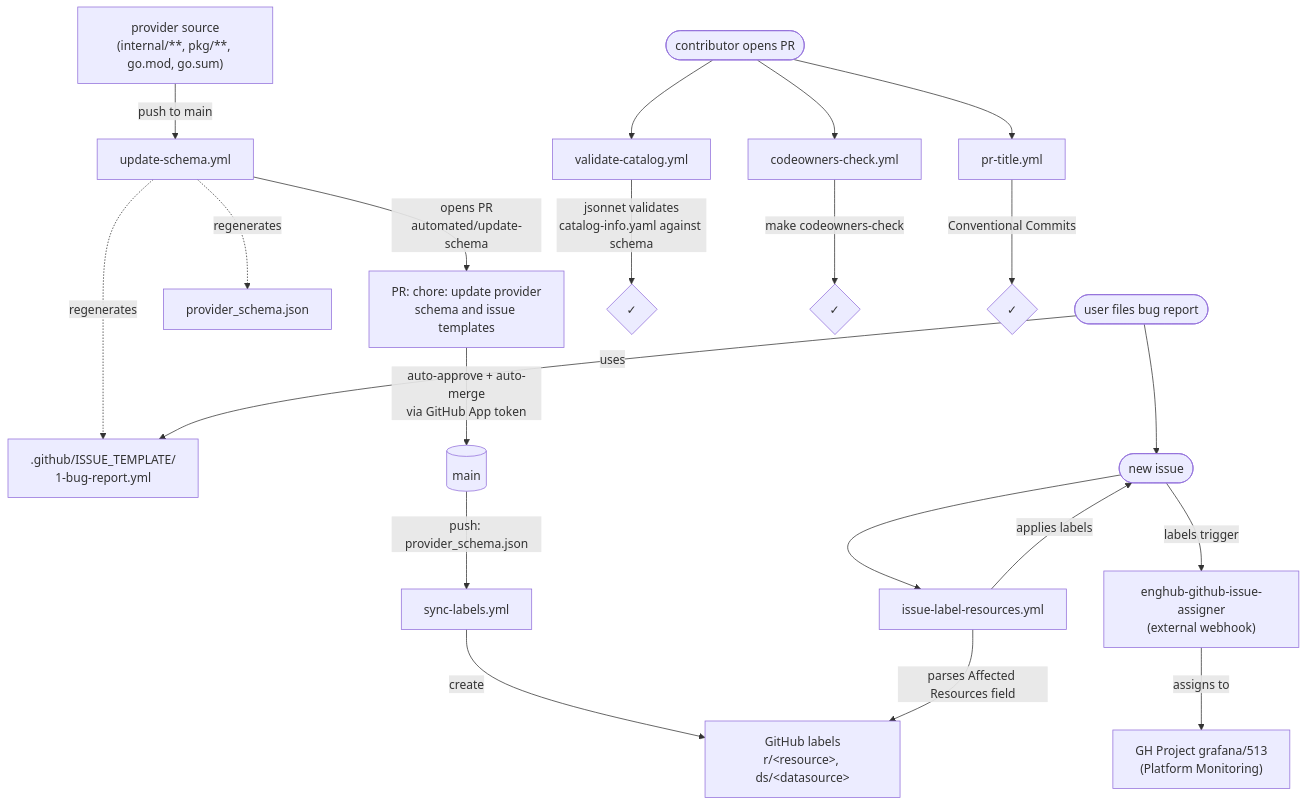
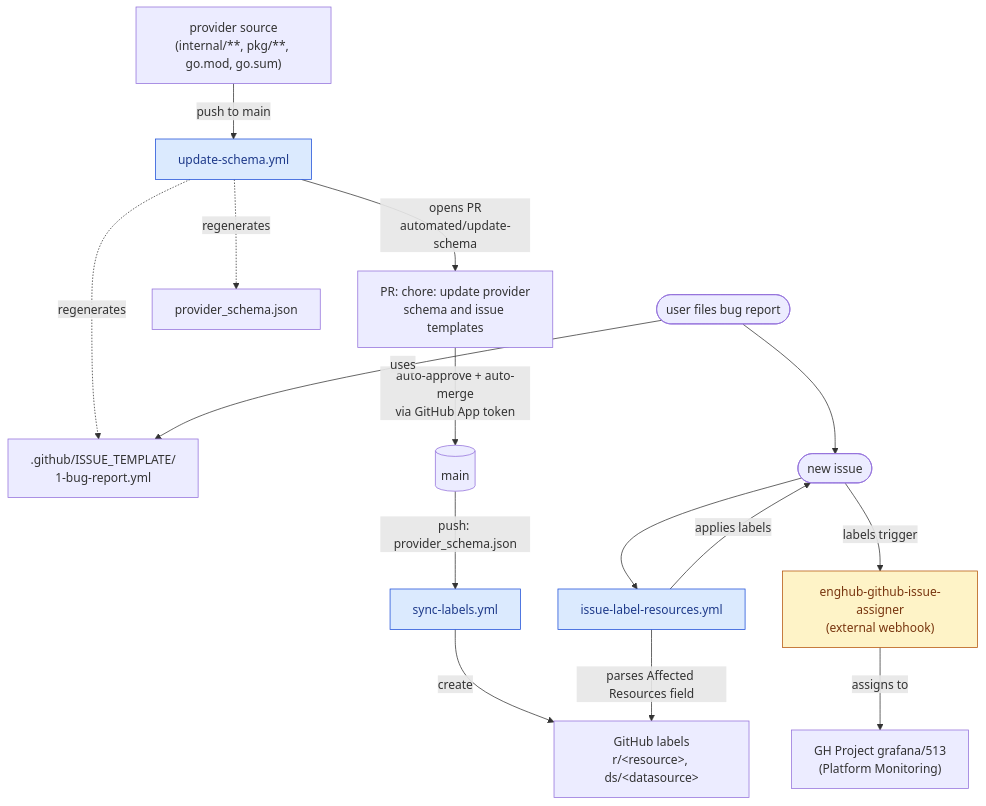
One commit to grafana/terraform-provider-grafana changed the first of 3 diagrams in .github/README.md. Above: the diagram before and after it, drawn with Mermaid. The commit also changed other lines of this file, not shown here.

First line of the commit message:
docs(github): split PR pipeline into its own flow and color workflows

````diff
--- a/.github/README.md
+++ b/.github/README.md
@@ -26,30 +27,27 @@
 ```mermaid
 flowchart TD
     src["provider source<br/>(internal/**, pkg/**, go.mod, go.sum)"]
     src -->|push to main| us[update-schema.yml]
 
     us -->|opens PR<br/>automated/update-schema| pr["PR: chore: update provider<br/>schema and issue templates"]
     us -.->|regenerates| schema[provider_schema.json]
     us -.->|regenerates| tmpl[".github/ISSUE_TEMPLATE/<br/>1-bug-report.yml"]
     pr -->|auto-approve + auto-merge<br/>via GitHub App token| main[(main)]
 
     main -->|push: provider_schema.json| sl[sync-labels.yml]
     sl -->|create| labels["GitHub labels<br/>r/&lt;resource&gt;, ds/&lt;datasource&gt;"]
 
     user([user files bug report]) -->|uses| tmpl
     user --> issue([new issue])
     issue --> ilr[issue-label-resources.yml]
     ilr -->|parses Affected Resources field| labels
     ilr -->|applies labels| issue
 
     issue -->|labels trigger| webhook["enghub-github-issue-assigner<br/>(external webhook)"]
     webhook -->|assigns to| project["GH Project grafana/513<br/>(Platform Monitoring)"]
 
-    prc([contributor opens PR]) --> vc[validate-catalog.yml]
-    prc --> coc[codeowners-check.yml]
-    prc --> ptl[pr-title.yml]
-
-    vc -->|jsonnet validates<br/>catalog-info.yaml against schema| ok1{✓}
-    coc -->|make codeowners-check| ok2{✓}
-    ptl -->|Conventional Commits| ok3{✓}
+    classDef workflow fill:#dbeafe,stroke:#1d4ed8,color:#1e3a8a;
+    classDef external fill:#fef3c7,stroke:#b45309,color:#78350f;
+    class us,sl,ilr workflow;
+    class webhook external;
 ```
````
